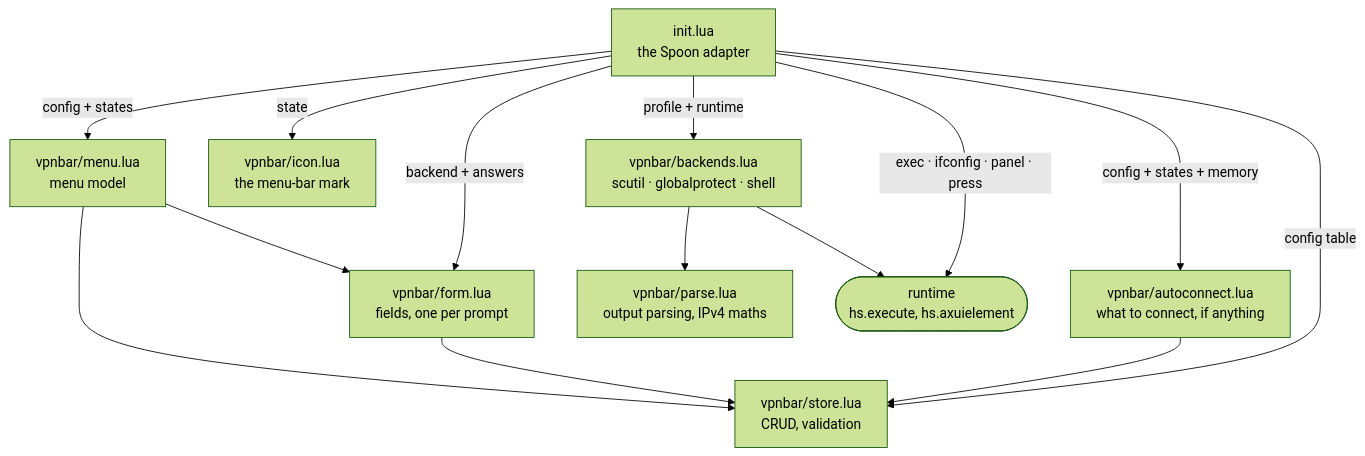
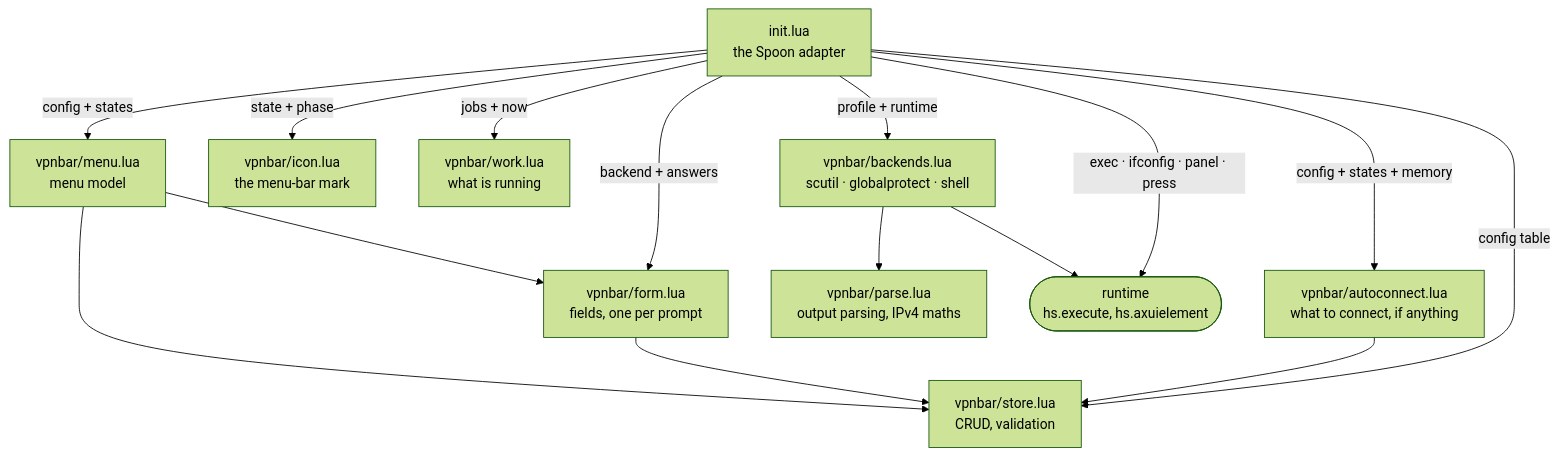
One commit to sapn95/vpnbar changed the diagram in docs/architecture.md. Above: the diagram before and after it, drawn with Mermaid (forest theme). The commit also changed other lines of this file and 13 other files, not shown here.

````diff
--- a/docs/architecture.md
+++ b/docs/architecture.md
@@ -5,16 +5,17 @@
 ```mermaid
 flowchart TD
     M["init.lua<br/>the Spoon adapter"] -->|"config table"| S["vpnbar/store.lua<br/>CRUD, validation"]
     M -->|"config + states"| U["vpnbar/menu.lua<br/>menu model"]
     M -->|"backend + answers"| F["vpnbar/form.lua<br/>fields, one per prompt"]
-    M -->|"state"| I["vpnbar/icon.lua<br/>the menu-bar mark"]
+    M -->|"state + phase"| I["vpnbar/icon.lua<br/>the menu-bar mark"]
     M -->|"config + states + memory"| A["vpnbar/autoconnect.lua<br/>what to connect, if anything"]
+    M -->|"jobs + now"| W["vpnbar/work.lua<br/>what is running"]
     A --> S
     F --> S
     U --> F
     M -->|"profile + runtime"| B["vpnbar/backends.lua<br/>scutil · globalprotect · shell"]
     B --> P["vpnbar/parse.lua<br/>output parsing, IPv4 maths"]
     U --> S
     M -->|"exec · ifconfig · panel · press"| R(["runtime<br/>hs.execute, hs.axuielement"])
     B --> R
 ```
````
